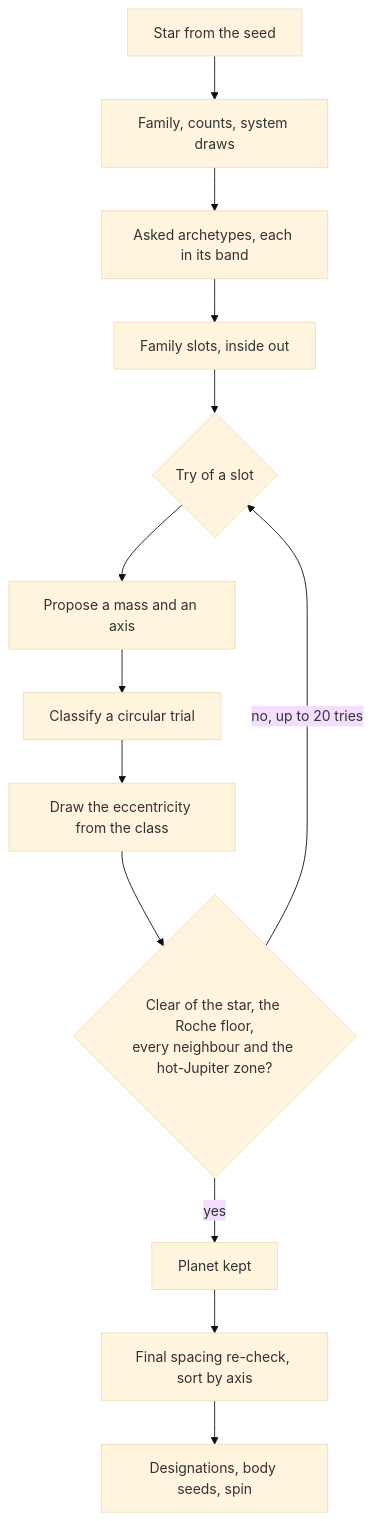
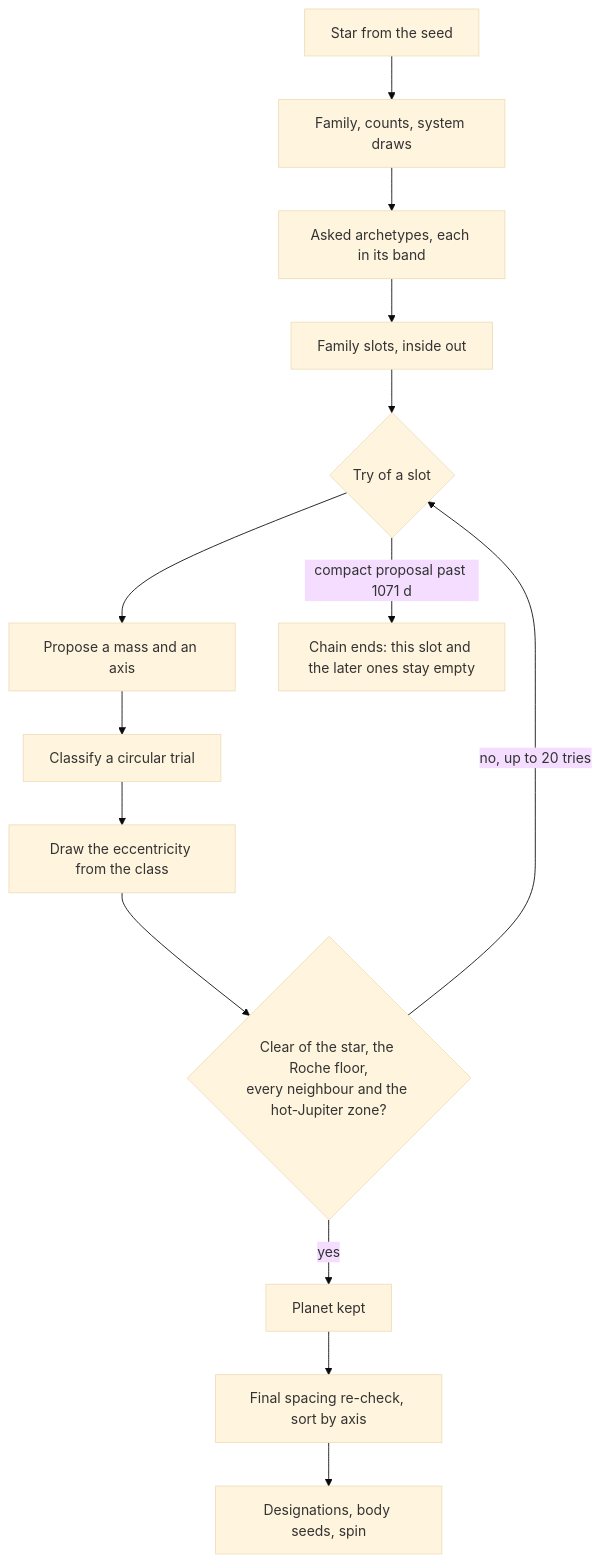
One commit to cyboooooorg/map-generator changed the diagram in docs/science/system-architectures.md. Above: the diagram before and after it, drawn with Mermaid (base theme). The commit also changed other lines of this file and 2 other files, not shown here.

First line of the commit message:
docs(system): describe the compact chain end and its sources

````diff
--- a/docs/science/system-architectures.md
+++ b/docs/science/system-architectures.md
@@ -161,15 +162,16 @@
 ```mermaid
 flowchart TD
     A[Star from the seed] --> B[Family, counts, system draws]
     B --> C[Asked archetypes, each in its band]
     C --> D[Family slots, inside out]
     D --> E{Try of a slot}
     E --> F[Propose a mass and an axis]
     F --> G[Classify a circular trial]
     G --> H[Draw the eccentricity from the class]
     H --> I{Clear of the star, the Roche floor,\nevery neighbour and the hot-Jupiter zone?}
+    E -- compact proposal past 1071 d --> M[Chain ends: this slot and the later ones stay empty]
     I -- no, up to 20 tries --> E
     I -- yes --> J[Planet kept]
     J --> K[Final spacing re-check, sort by axis]
     K --> L[Designations, body seeds, spin]
 ```
````
